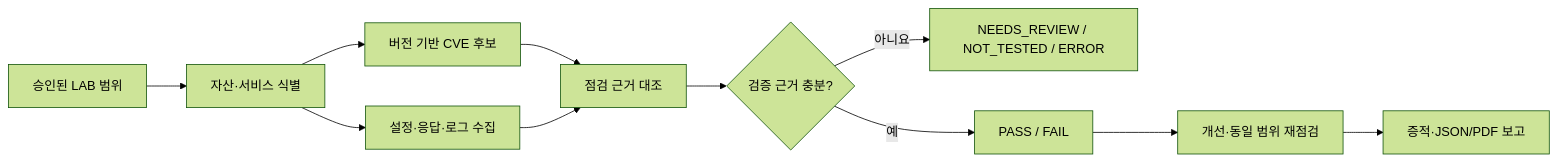
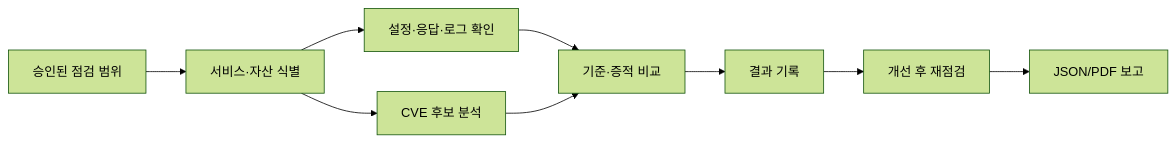
The diagram in README.md (LEESJ7934/infrastructure-security-scanner), drawn with Mermaid (forest theme) before and after one commit. The commit also changed other lines of this file, not shown here.

````diff
--- a/README.md
+++ b/README.md
@@ -22,13 +42,11 @@
 ```mermaid
 flowchart LR
-  A[승인된 LAB 범위] --> B[자산·서비스 식별]
-  B --> C[버전 기반 CVE 후보]
-  B --> D[설정·응답·로그 수집]
-  C --> E[점검 근거 대조]
+  A[승인된 점검 범위] --> B[서비스·자산 식별]
+  B --> C[설정·응답·로그 확인]
+  B --> D[CVE 후보 분석]
+  C --> E[기준·증적 비교]
   D --> E
-  E --> F{검증 근거 충분?}
-  F -->|아니요| G[NEEDS_REVIEW / NOT_TESTED / ERROR]
-  F -->|예| H[PASS / FAIL]
-  H --> I[개선·동일 범위 재점검]
-  I --> J[증적·JSON/PDF 보고]
+  E --> F[결과 기록]
+  F --> G[개선 후 재점검]
+  G --> H[JSON/PDF 보고]
 ```
````
